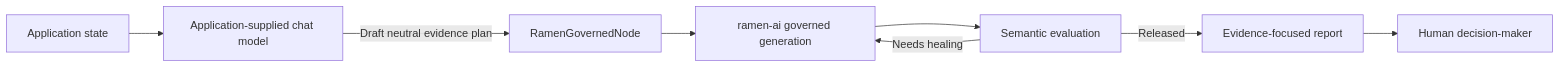
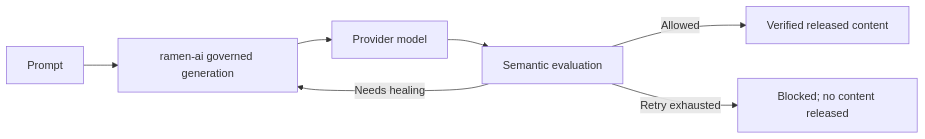
Before and after one commit to ramen-ai-dev/ramen-foundry: the second of 2 diagrams in README.md, drawn with Mermaid. The commit also changed other lines of this file and 8 other files, not shown here.

````diff
--- a/README.md
+++ b/README.md
@@ -57,10 +97,9 @@
 ```mermaid
 flowchart LR
-    A[Application state] --> B[Application-supplied chat model]
-    B -->|Draft neutral evidence plan| C[RamenGovernedNode]
-    C --> D[ramen-ai governed generation]
-    D --> E[Semantic evaluation]
-    E -->|Needs healing| D
-    E -->|Released| F[Evidence-focused report]
-    F --> G[Human decision-maker]
+    P[Prompt] --> G[ramen-ai governed generation]
+    G --> M[Provider model]
+    M --> E[Semantic evaluation]
+    E -->|Needs healing| G
+    E -->|Allowed| V[Verified released content]
+    E -->|Retry exhausted| B[Blocked; no content released]
 ```
````
